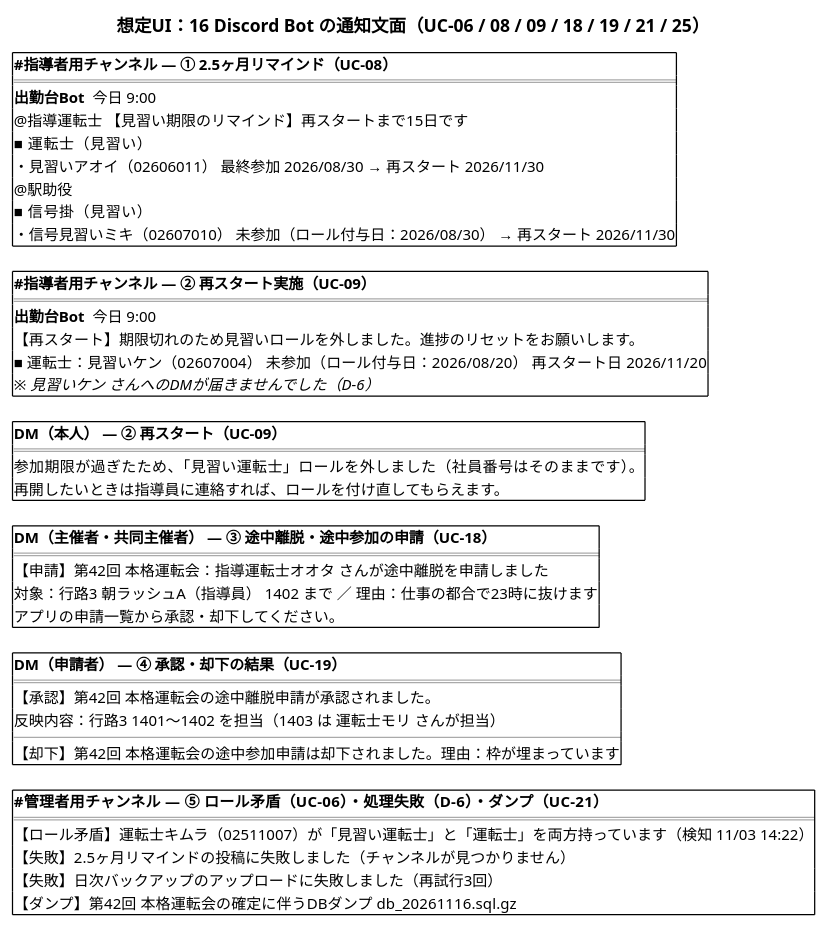
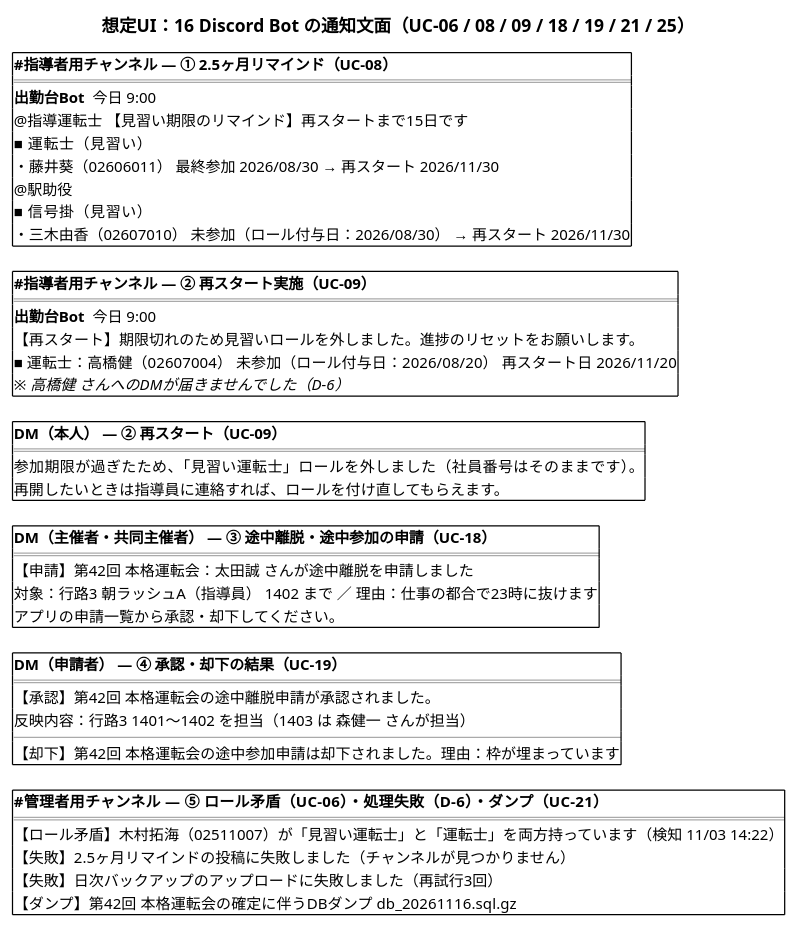
The diagram in Docs/diagrams/ui/16_Bot通知文面.puml (daidoji-traincrew-office/Tatehama_shukkindai), drawn with PlantUML before and after one commit. The commit also changed 34 other files, not shown here.

```diff
--- a/Docs/diagrams/ui/16_Bot通知文面.puml
+++ b/Docs/diagrams/ui/16_Bot通知文面.puml
@@ -1,59 +1,59 @@
 @startsalt ui-16
 skinparam defaultFontName "Yu Gothic UI"
 title 想定UI：16 Discord Bot の通知文面（UC-06 / 08 / 09 / 18 / 19 / 21 / 25）
 {
   {+
     <b>#指導者用チャンネル ― ① 2.5ヶ月リマインド（UC-08）
     ==
     <b>出勤台Bot</b>  今日 9:00
     @指導運転士 【見習い期限のリマインド】再スタートまで15日です
     ■ 運転士（見習い）
-    ・見習いアオイ（02606011） 最終参加 2026/08/30 → 再スタート 2026/11/30
+    ・藤井葵（02606011） 最終参加 2026/08/30 → 再スタート 2026/11/30
     @駅助役
     ■ 信号掛（見習い）
-    ・信号見習いミキ（02607010） 未参加（ロール付与日：2026/08/30） → 再スタート 2026/11/30
+    ・三木由香（02607010） 未参加（ロール付与日：2026/08/30） → 再スタート 2026/11/30
   }
   .
   {+
     <b>#指導者用チャンネル ― ② 再スタート実施（UC-09）
     ==
     <b>出勤台Bot</b>  今日 9:00
     【再スタート】期限切れのため見習いロールを外しました。進捗のリセットをお願いします。
-    ■ 運転士：見習いケン（02607004） 未参加（ロール付与日：2026/08/20） 再スタート日 2026/11/20
-    <i>※ 見習いケン さんへのDMが届きませんでした（D-6）</i>
+    ■ 運転士：高橋健（02607004） 未参加（ロール付与日：2026/08/20） 再スタート日 2026/11/20
+    <i>※ 高橋健 さんへのDMが届きませんでした（D-6）</i>
   }
   .
   {+
     <b>DM（本人） ― ② 再スタート（UC-09）
     ==
     参加期限が過ぎたため、「見習い運転士」ロールを外しました（社員番号はそのままです）。
     再開したいときは指導員に連絡すれば、ロールを付け直してもらえます。
   }
   .
   {+
     <b>DM（主催者・共同主催者） ― ③ 途中離脱・途中参加の申請（UC-18）
     ==
-    【申請】第42回 本格運転会：指導運転士オオタ さんが途中離脱を申請しました
+    【申請】第42回 本格運転会：太田誠 さんが途中離脱を申請しました
     対象：行路3 朝ラッシュA（指導員） 1402 まで ／ 理由：仕事の都合で23時に抜けます
     アプリの申請一覧から承認・却下してください。
   }
   .
   {+
     <b>DM（申請者） ― ④ 承認・却下の結果（UC-19）
     ==
     【承認】第42回 本格運転会の途中離脱申請が承認されました。
-    反映内容：行路3 1401～1402 を担当（1403 は 運転士モリ さんが担当）
+    反映内容：行路3 1401～1402 を担当（1403 は 森健一 さんが担当）
     --
     【却下】第42回 本格運転会の途中参加申請は却下されました。理由：枠が埋まっています
   }
   .
   {+
     <b>#管理者用チャンネル ― ⑤ ロール矛盾（UC-06）・処理失敗（D-6）・ダンプ（UC-21）
     ==
-    【ロール矛盾】運転士キムラ（02511007）が「見習い運転士」と「運転士」を両方持っています（検知 11/03 14:22）
+    【ロール矛盾】木村拓海（02511007）が「見習い運転士」と「運転士」を両方持っています（検知 11/03 14:22）
     【失敗】2.5ヶ月リマインドの投稿に失敗しました（チャンネルが見つかりません）
     【失敗】日次バックアップのアップロードに失敗しました（再試行3回）
     【ダンプ】第42回 本格運転会の確定に伴うDBダンプ  db_20261116.sql.gz
   }
 }
 @endsalt
```
